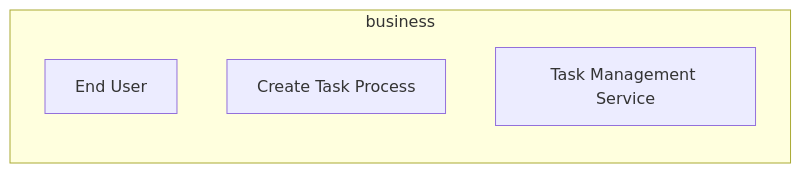
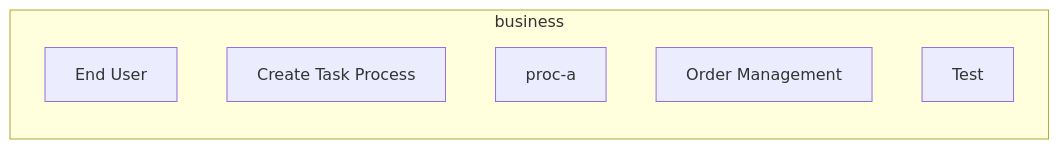
The first of 2 diagrams in cli-validation/test-project/baseline/documentation-robotics/reports/02-business-layer-report.md (tinkermonkey/documentation_robotics), drawn with Mermaid before and after one commit. The commit also changed other lines of this file and 14 other files, not shown here.

````diff
--- a/cli-validation/test-project/baseline/documentation-robotics/reports/02-business-layer-report.md
+++ b/cli-validation/test-project/baseline/documentation-robotics/reports/02-business-layer-report.md
@@ -26,8 +26,10 @@
 ```mermaid
 flowchart LR
   subgraph business
     business_actor_end_user["End User"]
     business_businessprocess_create_task_process["Create Task Process"]
-    business_businessservice_task_management["Task Management Service"]
+    business_businessprocess_proc_a["proc-a"]
+    business_businessservice_order_mgmt["Order Management"]
+    business_businessservice_order_mgmt_test["Test"]
   end
 ```
````
